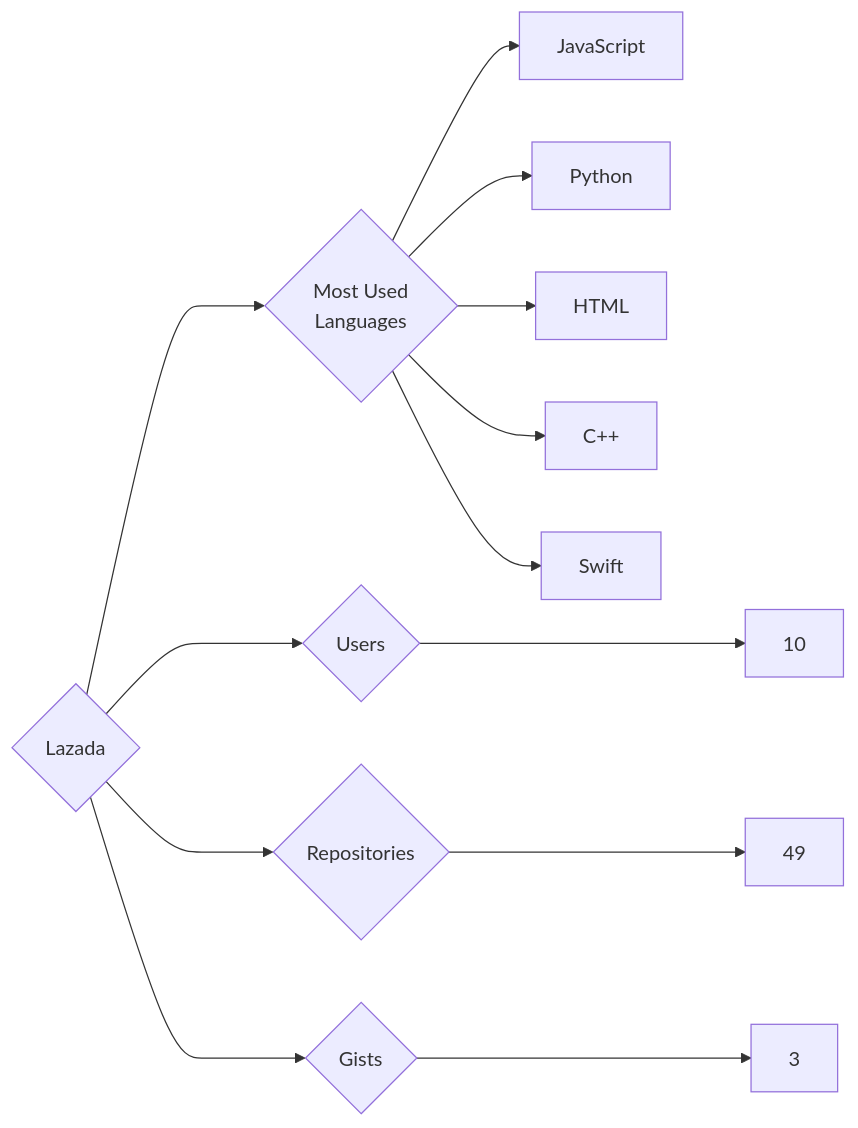
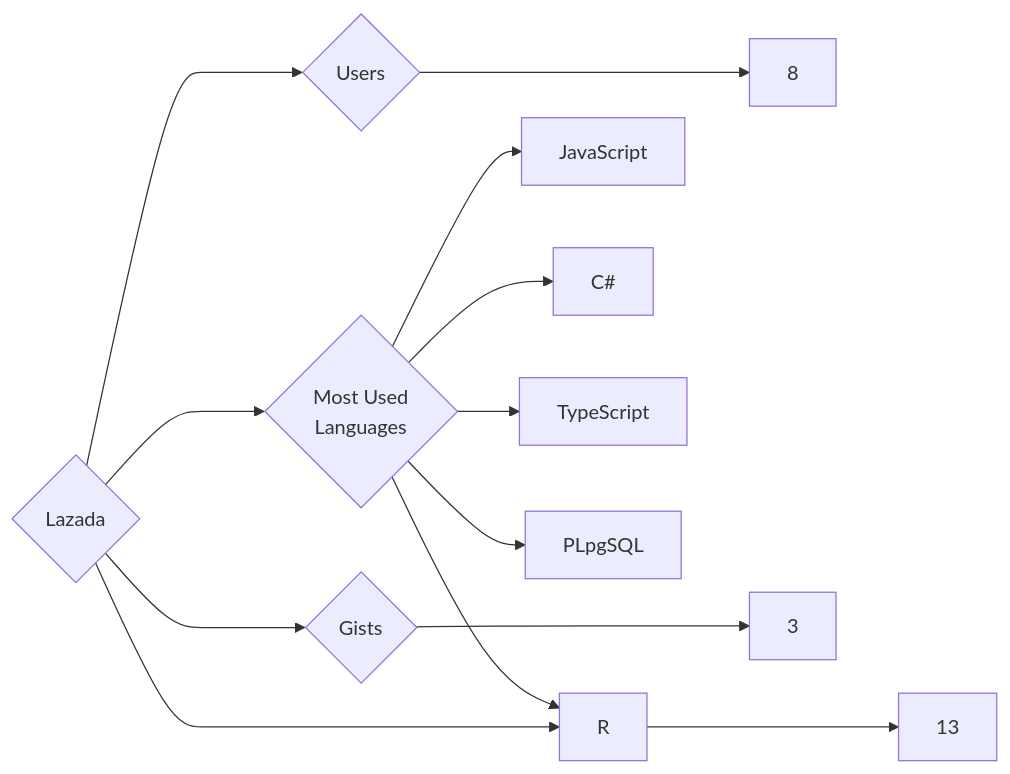
Before and after one commit to trickest/insiders: the diagram in targets/Lazada/README.md, drawn with Mermaid. The commit also changed 951 other files, not shown here.

````diff
--- a/targets/Lazada/README.md
+++ b/targets/Lazada/README.md
@@ -3,13 +3,13 @@
 ```mermaid
 graph LR
 COMPANY_NAME{Lazada}
-COMPANY_NAME ---> U{Users} ---> UN[10]
-COMPANY_NAME ---> R{Repositories} ---> RN[49]
+COMPANY_NAME ---> U{Users} ---> UN[8]
+COMPANY_NAME ---> R{Repositories} ---> RN[13]
 COMPANY_NAME ---> G{Gists} ---> GN[3]
 COMPANY_NAME ---> ML{Most Used<br>Languages}
 ML --> JavaScript[JavaScript]
-ML --> Python[Python]
-ML --> HTML[HTML]
-ML --> C++[C++]
-ML --> Swift[Swift]
+ML --> C#[C#]
+ML --> TypeScript[TypeScript]
+ML --> R[R]
+ML --> PLpgSQL[PLpgSQL]
 ```
````
